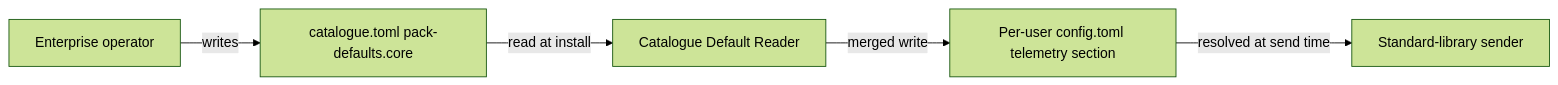
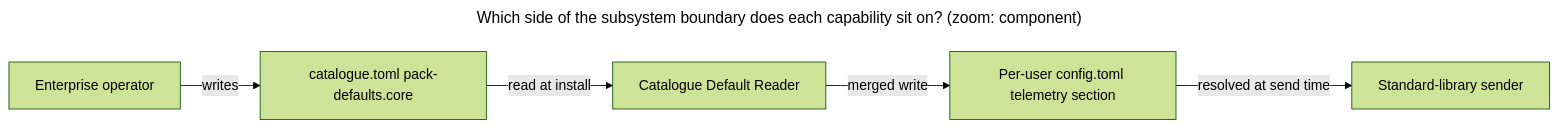
One commit to eugenelim/agent-ready-repo changed the first of 4 diagrams in packs/architect/tests/skills/architect-design/testdata/precheck-defects.md. Above: the diagram before and after it, drawn with Mermaid (forest theme). The commit also changed other lines of this file and 2 other files, not shown here.

````diff
--- a/packs/architect/tests/skills/architect-design/testdata/precheck-defects.md
+++ b/packs/architect/tests/skills/architect-design/testdata/precheck-defects.md
@@ -52,8 +52,10 @@
 ```mermaid
-%% Question: which side of the subsystem boundary does each capability sit on? · Zoom: subsystem-boundary
+---
+title: "Which side of the subsystem boundary does each capability sit on? (zoom: component)"
+---
 flowchart LR
     Operator[Enterprise operator] -->|writes| CatalogueToml[catalogue.toml pack-defaults.core]
     CatalogueToml -->|read at install| Reader[Catalogue Default Reader]
     Reader -->|merged write| ConfigToml[Per-user config.toml telemetry section]
     ConfigToml -->|resolved at send time| Sender[Standard-library sender]
 ```
````
